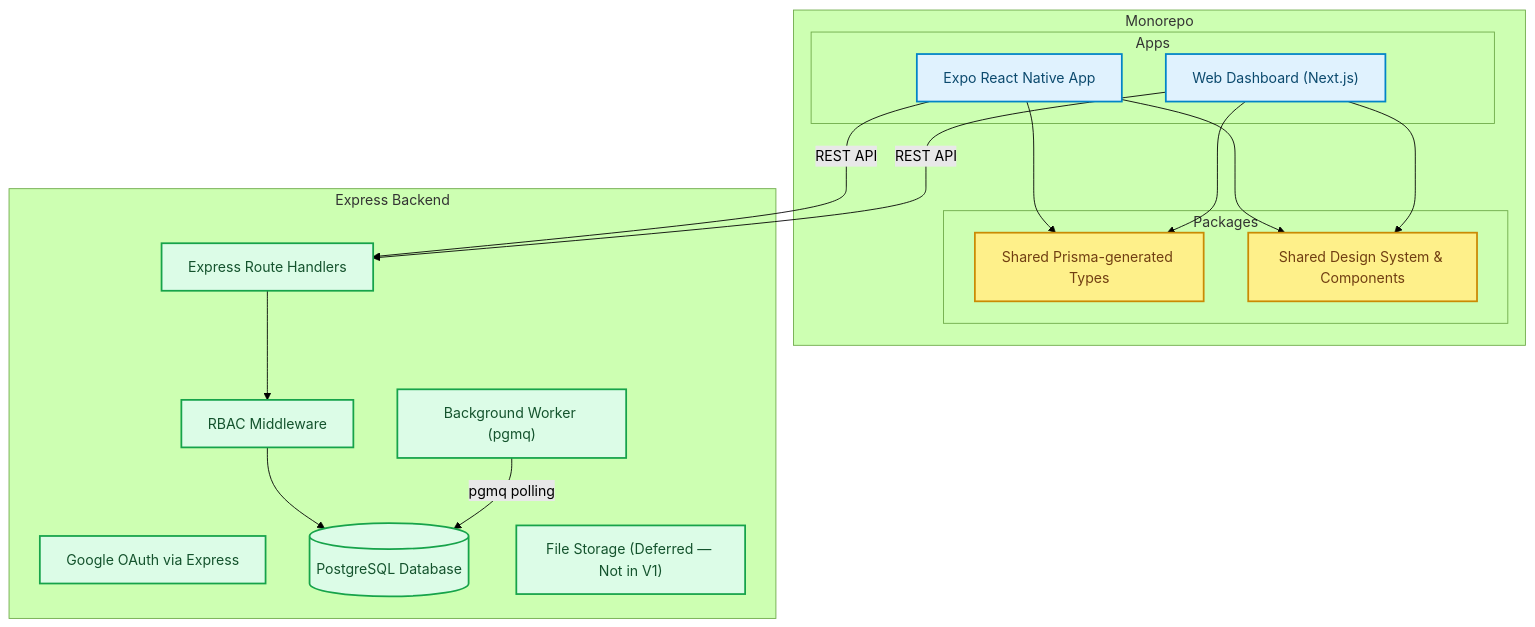
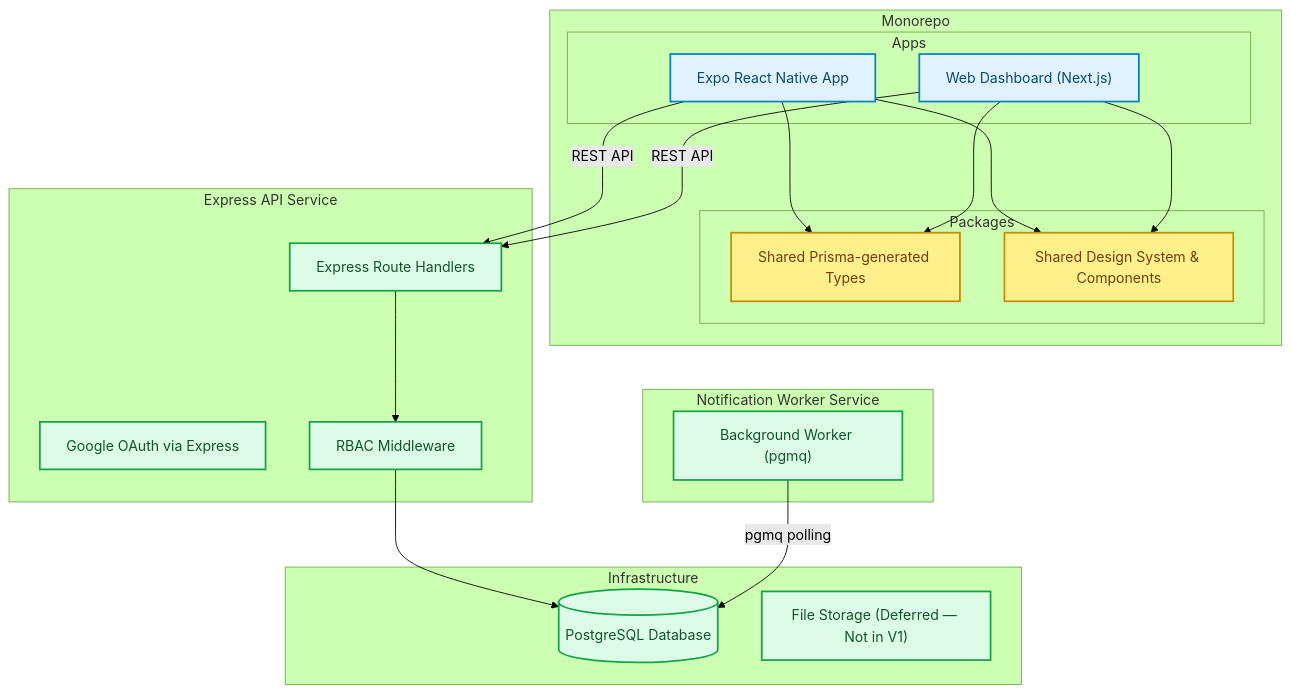
Before and after one commit to sohamdhande/nst-events-docs: the diagram in docs/diagrams/20-development-architecture.md, drawn with Mermaid (forest theme). The commit also changed 4 other files, not shown here.

Commit message:
docs: reconcile diagrams with frozen v1 architecture

````diff
--- a/docs/diagrams/20-development-architecture.md
+++ b/docs/diagrams/20-development-architecture.md
@@ -5,45 +5,51 @@
 ```mermaid
 graph TD
     subgraph Monorepo
         subgraph Apps
             Expo["Expo React Native App"]
             NextJS["Web Dashboard (Next.js)"]
         end
 
         subgraph Packages
             Types["Shared Prisma-generated Types"]
             UI["Shared Design System & Components"]
         end
     end
 
-    subgraph Express Backend
+    subgraph Express API Service
         Auth["Google OAuth via Express"]
         RBAC["RBAC Middleware"]
         Routes["Express Route Handlers"]
+    end
+
+    subgraph Notification Worker Service
         Worker["Background Worker (pgmq)"]
+    end
+
+    subgraph Infrastructure
         DB[("PostgreSQL Database")]
         Storage["File Storage (Deferred — Not in V1)"]
     end
 
     Expo --> Types
     NextJS --> Types
 
     Expo --> UI
     NextJS --> UI
 
     Expo -->|REST API| Routes
     NextJS -->|REST API| Routes
 
     Routes --> RBAC
     RBAC --> DB
 
     Worker -->|pgmq polling| DB
 
     classDef app fill:#e0f2fe,stroke:#0284c7,stroke-width:2px,color:#0c4a6e;
     classDef pkg fill:#fef08a,stroke:#ca8a04,stroke-width:2px,color:#713f12;
     classDef sba fill:#dcfce7,stroke:#16a34a,stroke-width:2px,color:#14532d;
 
     class Expo,NextJS app;
     class Types,UI pkg;
     class Auth,RBAC,Routes,Worker,DB,Storage sba;
 ```
````
